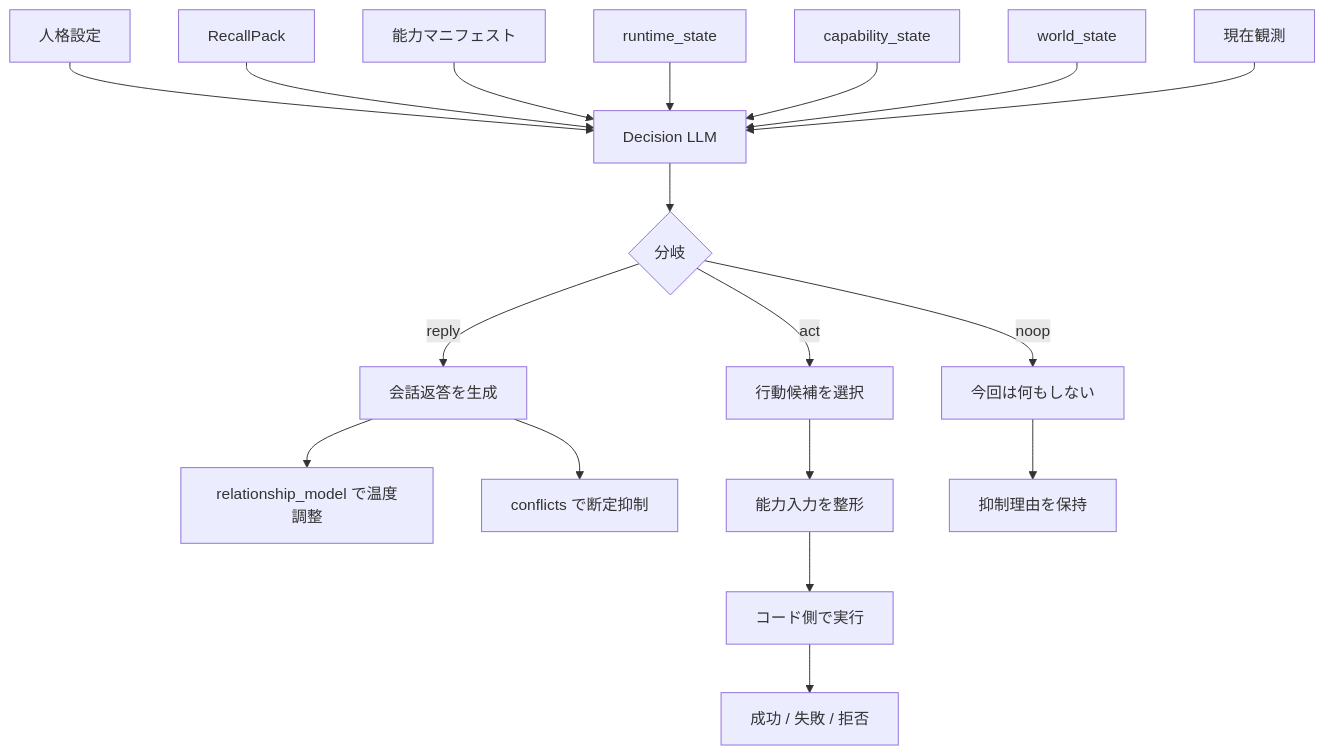
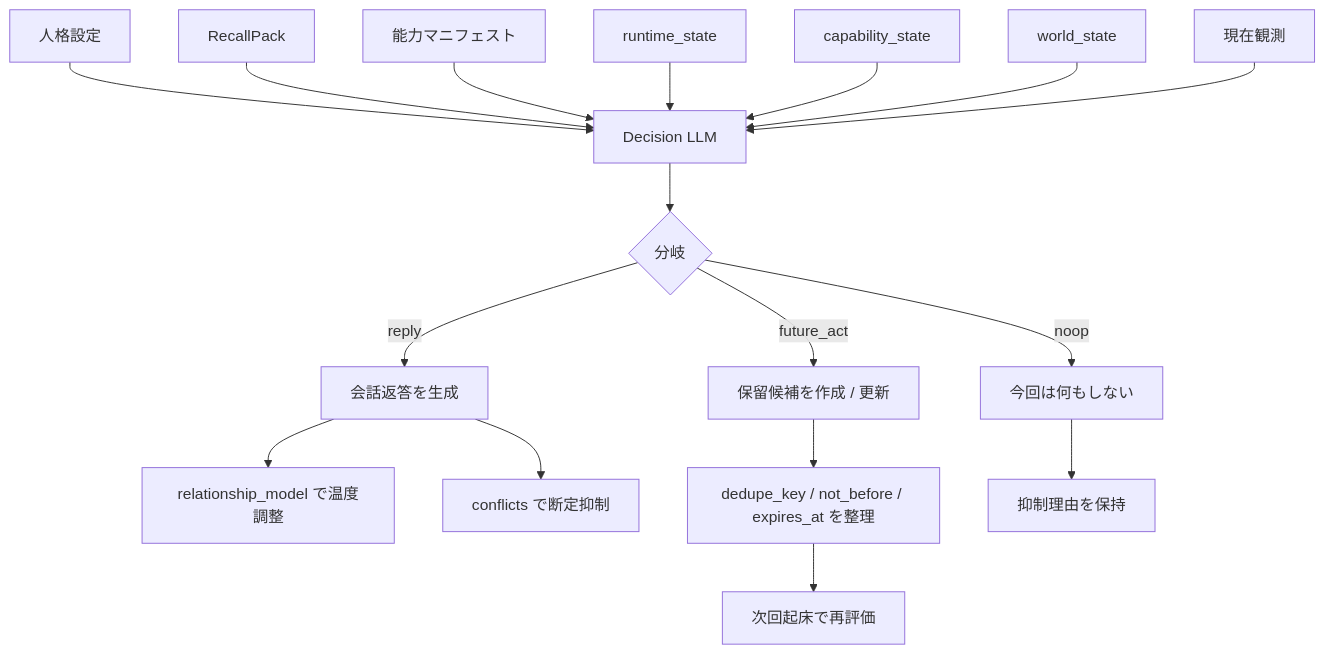
The third of 10 diagrams in docs/reference/memory/02_想起と判断フロー図.md (hirona98/OtomeKairo), drawn with Mermaid before and after one commit. The commit also changed other lines of this file and 8 other files, not shown here.

````diff
--- a/docs/reference/memory/02_想起と判断フロー図.md
+++ b/docs/reference/memory/02_想起と判断フロー図.md
@@ -205,24 +202,23 @@
 ```mermaid
 flowchart TD
     A[人格設定] --> E[Decision LLM]
     B[RecallPack] --> E
     C[能力マニフェスト] --> E
     D[runtime_state] --> E
     D2[capability_state] --> E
     D3[world_state] --> E
     F[現在観測] --> E
 
     E --> G{分岐}
 
     G -->|reply| H[会話返答を生成]
     H --> H1[relationship_model で温度調整]
     H --> H2[conflicts で断定抑制]
 
-    G -->|act| I[行動候補を選択]
-    I --> I1[能力入力を整形]
-    I1 --> I2[コード側で実行]
-    I2 --> I3[成功 / 失敗 / 拒否]
+    G -->|future_act| I[保留候補を作成 / 更新]
+    I --> I1[dedupe_key / not_before / expires_at を整理]
+    I1 --> I2[次回起床で再評価]
 
     G -->|noop| J[今回は何もしない]
     J --> J1[抑制理由を保持]
 ```
````
